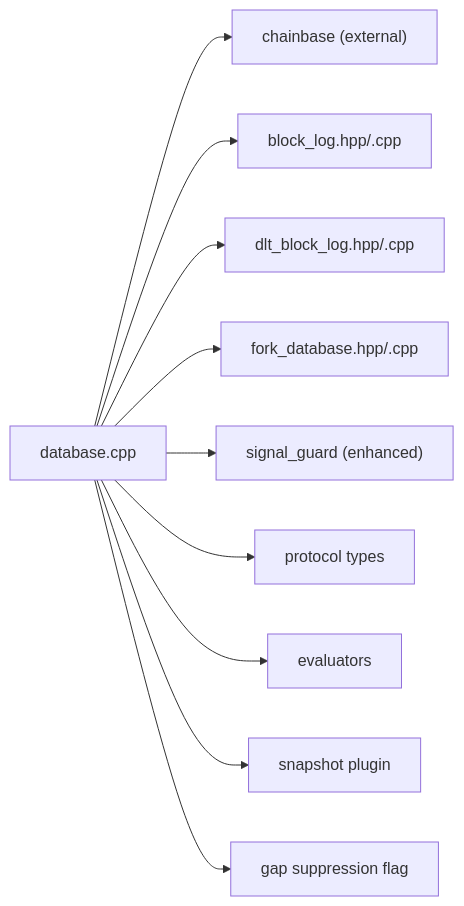
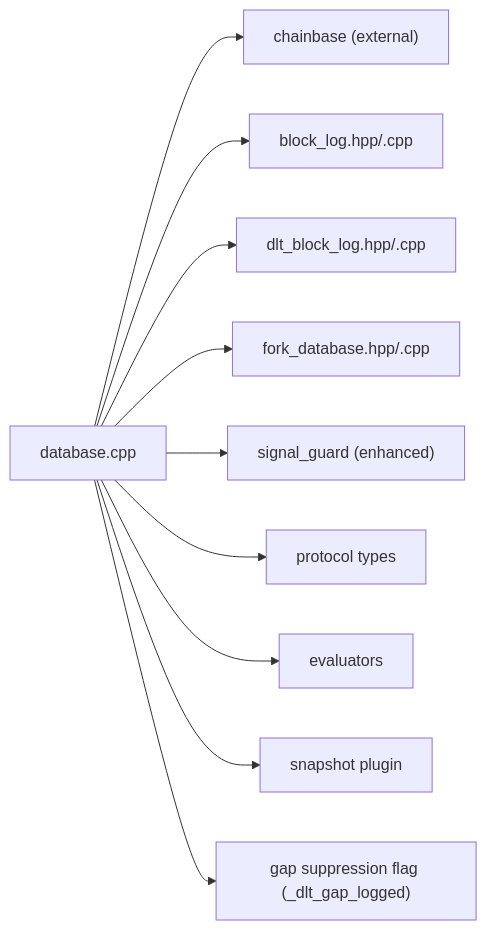
Before and after one commit to VIZ-Blockchain/viz-cpp-node: diagram 13 of 13 in .qoder/repowiki/en/content/Architecture Overview/Core Libraries/Chain Library/Database Management/Database Management.md, drawn with Mermaid. The commit also changed other lines of this file and 4 other files, not shown here.

````diff
--- a/.qoder/repowiki/en/content/Architecture Overview/Core Libraries/Chain Library/Database Management/Database Management.md
+++ b/.qoder/repowiki/en/content/Architecture Overview/Core Libraries/Chain Library/Database Management/Database Management.md
@@ -599,12 +600,12 @@
 ```mermaid
 graph LR
 DB["database.cpp"] --> CB["chainbase (external)"]
 DB --> BL["block_log.hpp/.cpp"]
 DB --> DLT["dlt_block_log.hpp/.cpp"]
 DB --> FD["fork_database.hpp/.cpp"]
 DB --> SG["signal_guard (enhanced)"]
 DB --> PT["protocol types"]
 DB --> EV["evaluators"]
 DB --> SNAP["snapshot plugin"]
-DB --> GAP["gap suppression flag"]
+DB --> GAP["gap suppression flag (_dlt_gap_logged)"]
 ```
````
